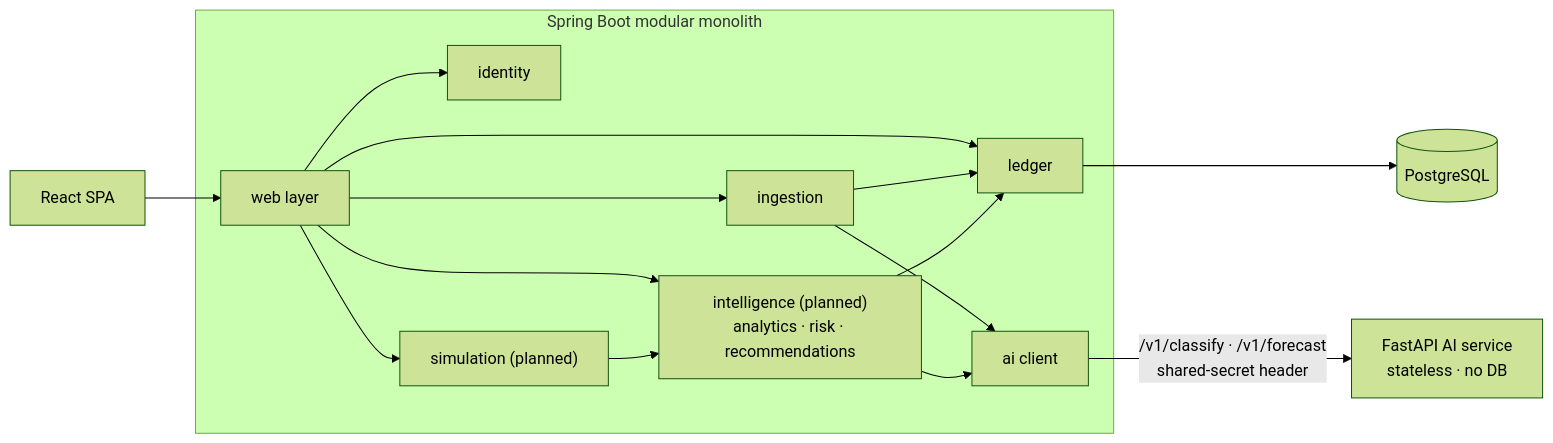
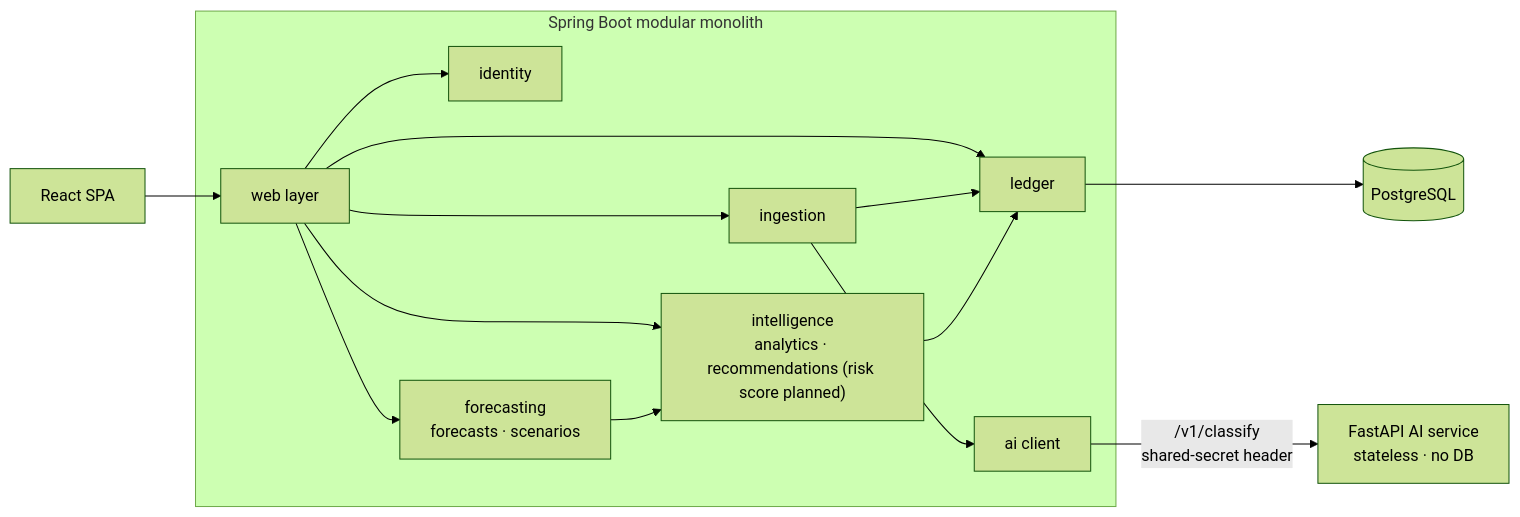
One commit to Viraj281105/Finguard-AI changed the fifth of 6 diagrams in docs/ARCHITECTURE.md. Above: the diagram before and after it, drawn with Mermaid (forest theme). The commit also changed other lines of this file and 7 other files, not shown here.

````diff
--- a/docs/ARCHITECTURE.md
+++ b/docs/ARCHITECTURE.md
@@ -215,18 +218,17 @@
 ```mermaid
 flowchart LR
     SPA["React SPA"] --> API
     subgraph JVM["Spring Boot modular monolith"]
         API["web layer"] --> ID[identity]
         API --> LED[ledger]
         API --> ING[ingestion]
-        API --> INT["intelligence (planned)<br/>analytics · risk · recommendations"]
-        API --> SIM["simulation (planned)"]
+        API --> INT["intelligence<br/>analytics · recommendations (risk score planned)"]
+        API --> FOR["forecasting<br/>forecasts · scenarios"]
         ING --> LED
         INT --> LED
-        SIM --> INT
+        FOR --> INT
         ING --> AIC[ai client]
-        INT --> AIC
     end
     LED --> DB[(PostgreSQL)]
-    AIC -->|"/v1/classify · /v1/forecast<br/>shared-secret header"| PY["FastAPI AI service<br/>stateless · no DB"]
+    AIC -->|"/v1/classify<br/>shared-secret header"| PY["FastAPI AI service<br/>stateless · no DB"]
 ```
````
